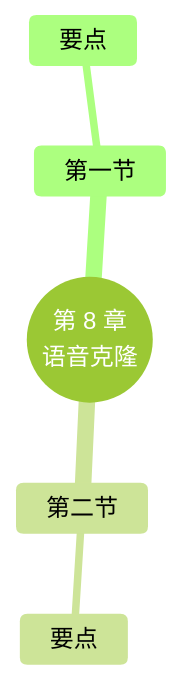
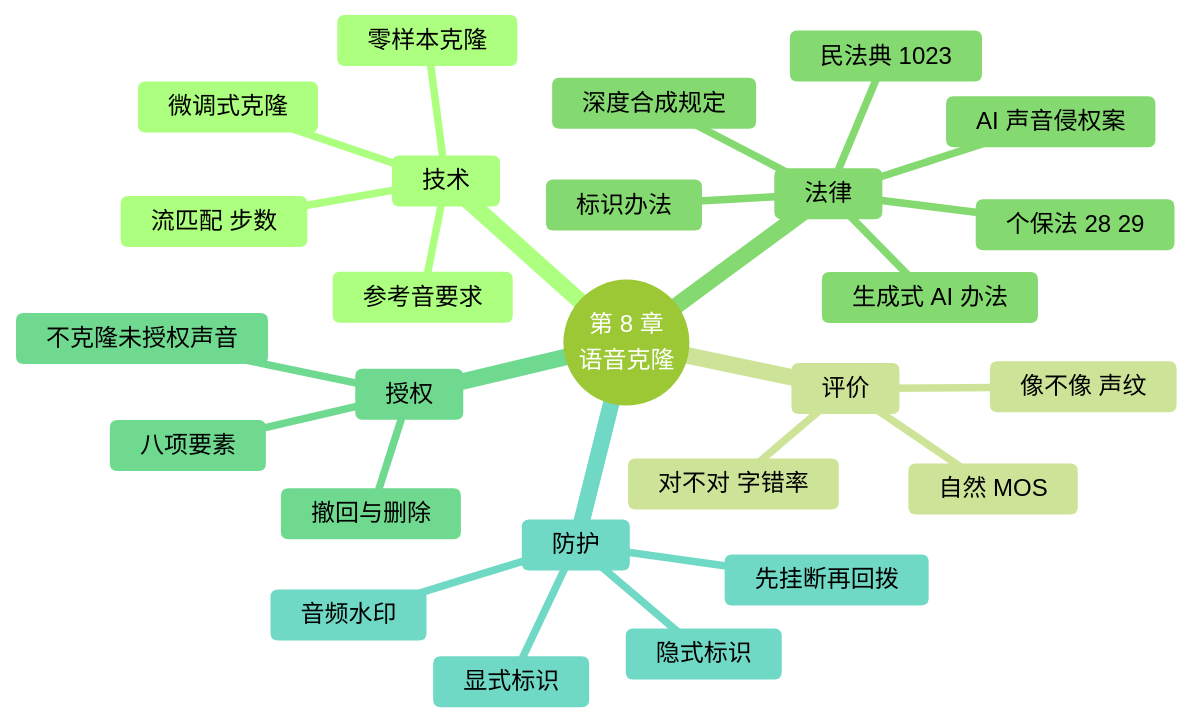
The second of 2 diagrams in docs/chapters/08-voice-cloning/index.md (MingziFu9/speech-textbook), drawn with Mermaid (forest theme) before and after one commit. The commit also changed other lines of this file and 32 other files, not shown here.

First line of the commit message:
第 8 章 语音克隆（样章）：两条路线、参考音、评价、法规与判例（已核对原文）、声音授权书模板、标识与水印、防诈；参考音体检、零样本克隆、标识与水印（实测），微调式克隆（待实测）；合规判断、参考时长两个动画；8 个术语、20 题

````diff
--- a/docs/chapters/08-voice-cloning/index.md
+++ b/docs/chapters/08-voice-cloning/index.md
@@ -227,8 +742,29 @@
 ```mermaid
 mindmap
   root((第 8 章<br/>语音克隆))
-    第一节
-      要点
-    第二节
-      要点
+    技术
+      微调式克隆
+      零样本克隆
+      参考音要求
+      流匹配 步数
+    评价
+      像不像 声纹
+      对不对 字错率
+      自然 MOS
+    法律
+      民法典 1023
+      AI 声音侵权案
+      个保法 28 29
+      深度合成规定
+      生成式 AI 办法
+      标识办法
+    授权
+      八项要素
+      撤回与删除
+      不克隆未授权声音
+    防护
+      显式标识
+      隐式标识
+      音频水印
+      先挂断再回拨
 ```
````
